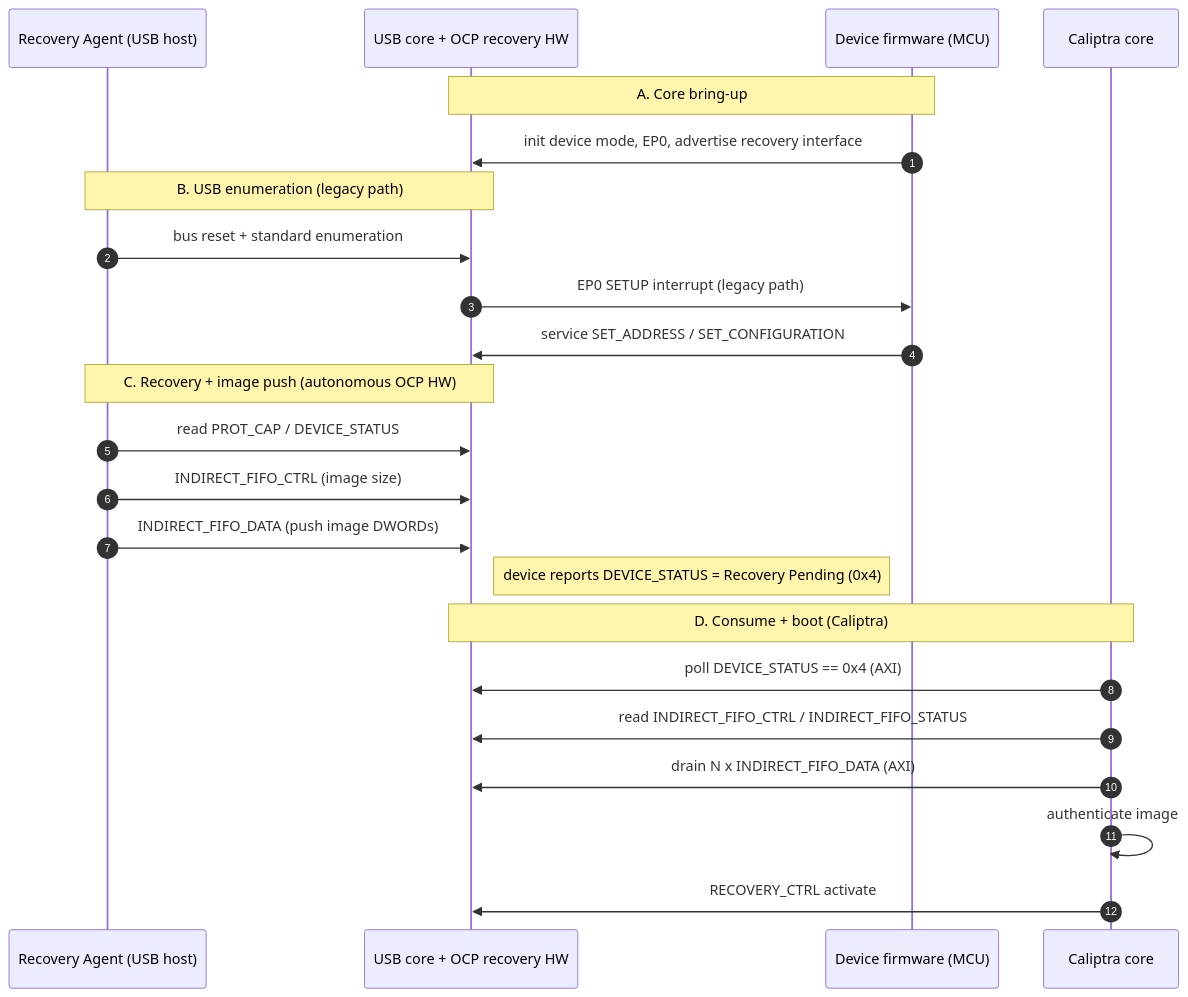
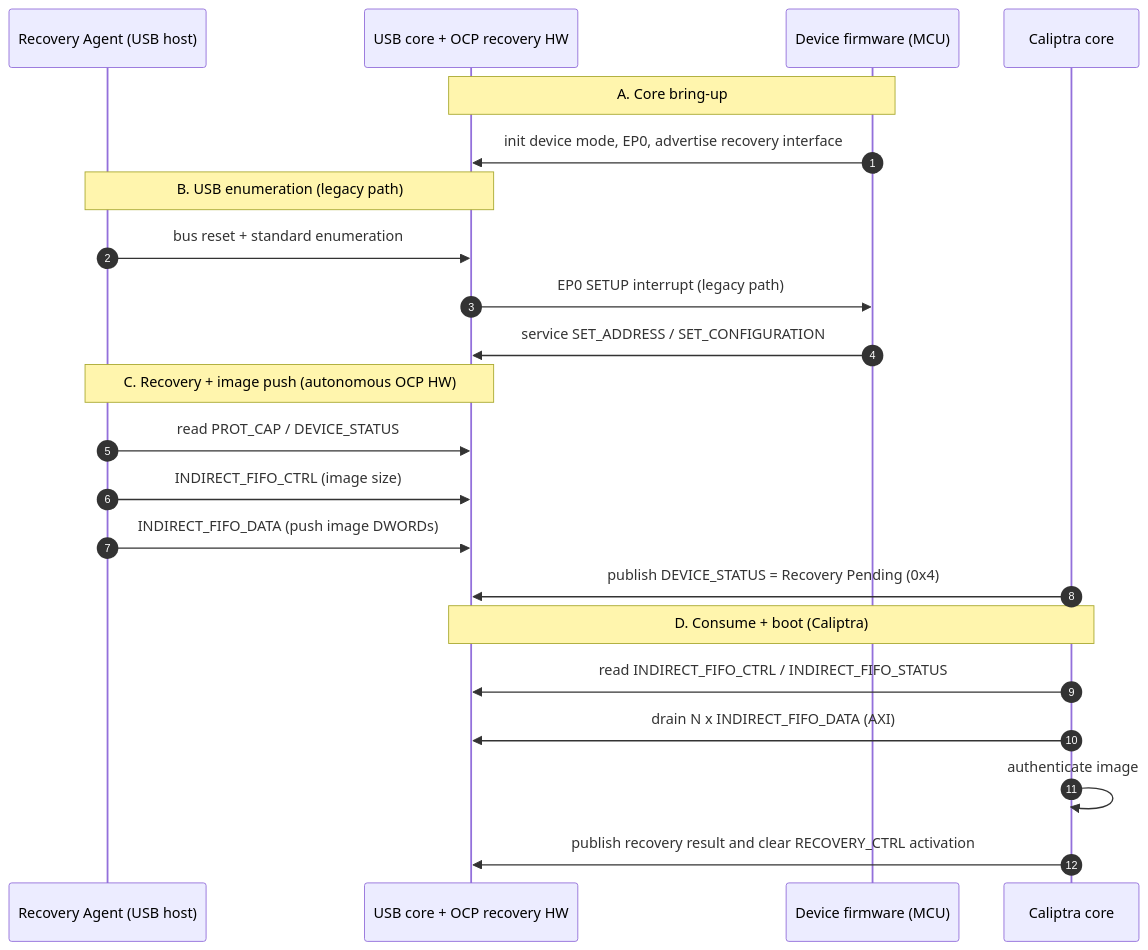
One commit to chipsalliance/caliptra-ss changed the first of 2 diagrams in docs/usb2_recovery_spec/README.md. Above: the diagram before and after it, drawn with Mermaid. The commit also changed other lines of this file and 9 other files, not shown here.

````diff
--- a/docs/usb2_recovery_spec/README.md
+++ b/docs/usb2_recovery_spec/README.md
@@ -70,26 +70,25 @@
 ```mermaid
 sequenceDiagram
     autonumber
     participant RA as Recovery Agent (USB host)
     participant HW as USB core + OCP recovery HW
     participant FW as Device firmware (MCU)
     participant CP as Caliptra core
 
     Note over FW,HW: A. Core bring-up
     FW->>HW: init device mode, EP0, advertise recovery interface
     Note over RA,HW: B. USB enumeration (legacy path)
     RA->>HW: bus reset + standard enumeration
     HW->>FW: EP0 SETUP interrupt (legacy path)
     FW->>HW: service SET_ADDRESS / SET_CONFIGURATION
     Note over RA,HW: C. Recovery + image push (autonomous OCP HW)
     RA->>HW: read PROT_CAP / DEVICE_STATUS
     RA->>HW: INDIRECT_FIFO_CTRL (image size)
     RA->>HW: INDIRECT_FIFO_DATA (push image DWORDs)
-    Note right of HW: device reports DEVICE_STATUS = Recovery Pending (0x4)
+    CP->>HW: publish DEVICE_STATUS = Recovery Pending (0x4)
     Note over HW,CP: D. Consume + boot (Caliptra)
-    CP->>HW: poll DEVICE_STATUS == 0x4 (AXI)
     CP->>HW: read INDIRECT_FIFO_CTRL / INDIRECT_FIFO_STATUS
     CP->>HW: drain N x INDIRECT_FIFO_DATA (AXI)
     CP->>CP: authenticate image
-    CP->>HW: RECOVERY_CTRL activate
+    CP->>HW: publish recovery result and clear RECOVERY_CTRL activation
 ```
````
